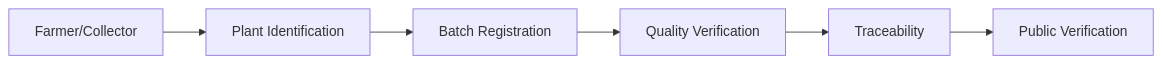
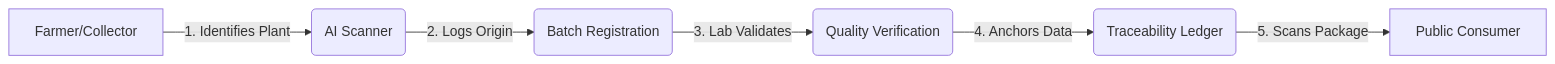
Before and after one commit to varunurugonda253-aiml/Farm2Ayur: the diagram in docs/PRD.md, drawn with Mermaid. The commit also changed other lines of this file, not shown here.

````diff
--- a/docs/PRD.md
+++ b/docs/PRD.md
@@ -205,8 +54,8 @@
 ```mermaid
 flowchart LR
-    A[Farmer/Collector] --> B[Plant Identification]
-    B --> C[Batch Registration]
-    C --> D[Quality Verification]
-    D --> E[Traceability]
-    E --> F[Public Verification]
+    A[Farmer/Collector] -->|1. Identifies Plant| B(AI Scanner)
+    B -->|2. Logs Origin| C(Batch Registration)
+    C -->|3. Lab Validates| D(Quality Verification)
+    D -->|4. Anchors Data| E(Traceability Ledger)
+    E -->|5. Scans Package| F[Public Consumer]
 ```
````
